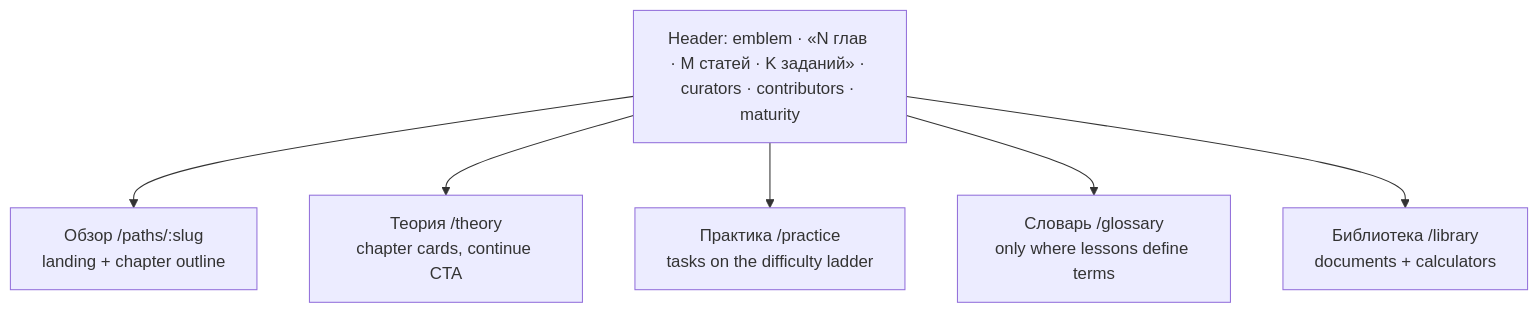
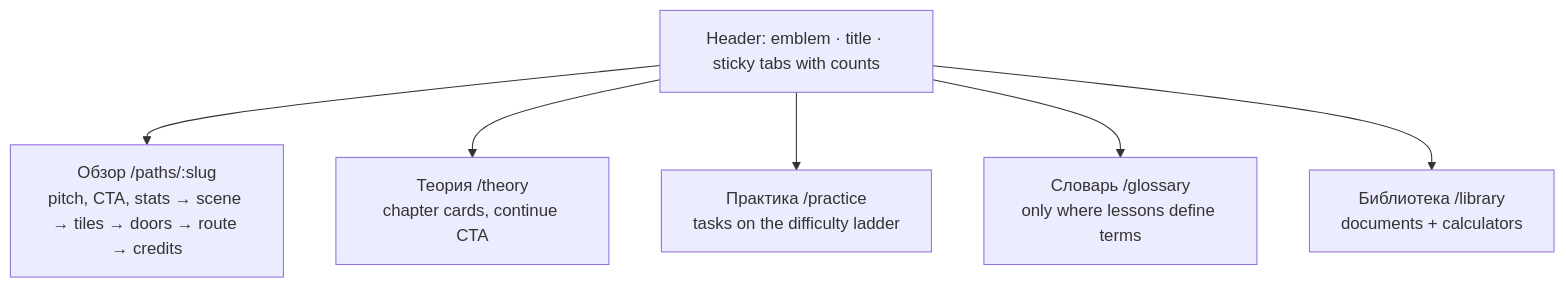
The diagram in docs/architecture/profession-hub.md (andreiyurik/industrialprofi), drawn with Mermaid before and after one commit. The commit also changed other lines of this file and 34 other files, not shown here.

First line of the commit message:
feat(paths): обзор профессии как лендинг — схема-контур, плитки умений, входы во вкладки

````diff
--- a/docs/architecture/profession-hub.md
+++ b/docs/architecture/profession-hub.md
@@ -22,9 +24,9 @@
 ```mermaid
 flowchart TB
-  Header["Header: emblem · «N глав · M статей · K заданий» · curators · contributors · maturity"]
-  Header --> Overview["Обзор /paths/:slug<br>landing + chapter outline"]
+  Header["Header: emblem · title · sticky tabs with counts"]
+  Header --> Overview["Обзор /paths/:slug<br>pitch, CTA, stats → scene → tiles → doors → route → credits"]
   Header --> Theory["Теория /theory<br>chapter cards, continue CTA"]
   Header --> Practice["Практика /practice<br>tasks on the difficulty ladder"]
   Header --> Glossary["Словарь /glossary<br>only where lessons define terms"]
   Header --> Library["Библиотека /library<br>documents + calculators"]
 ```
````
